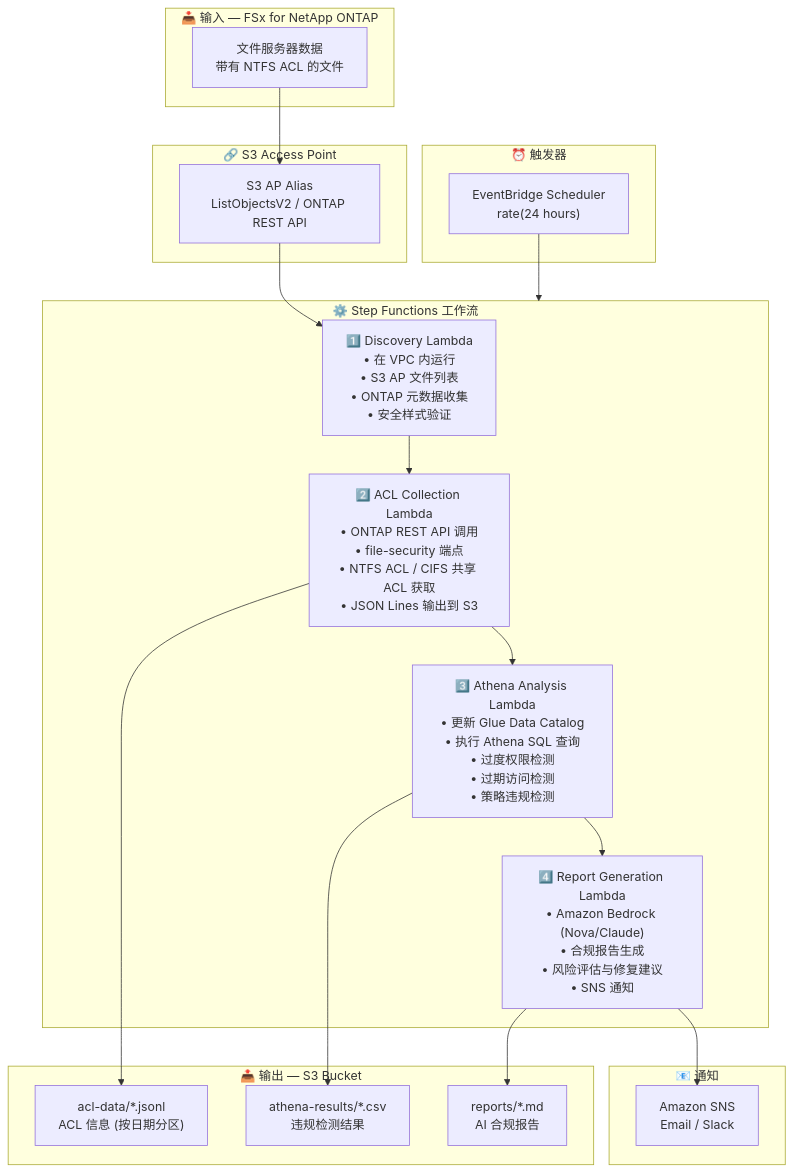
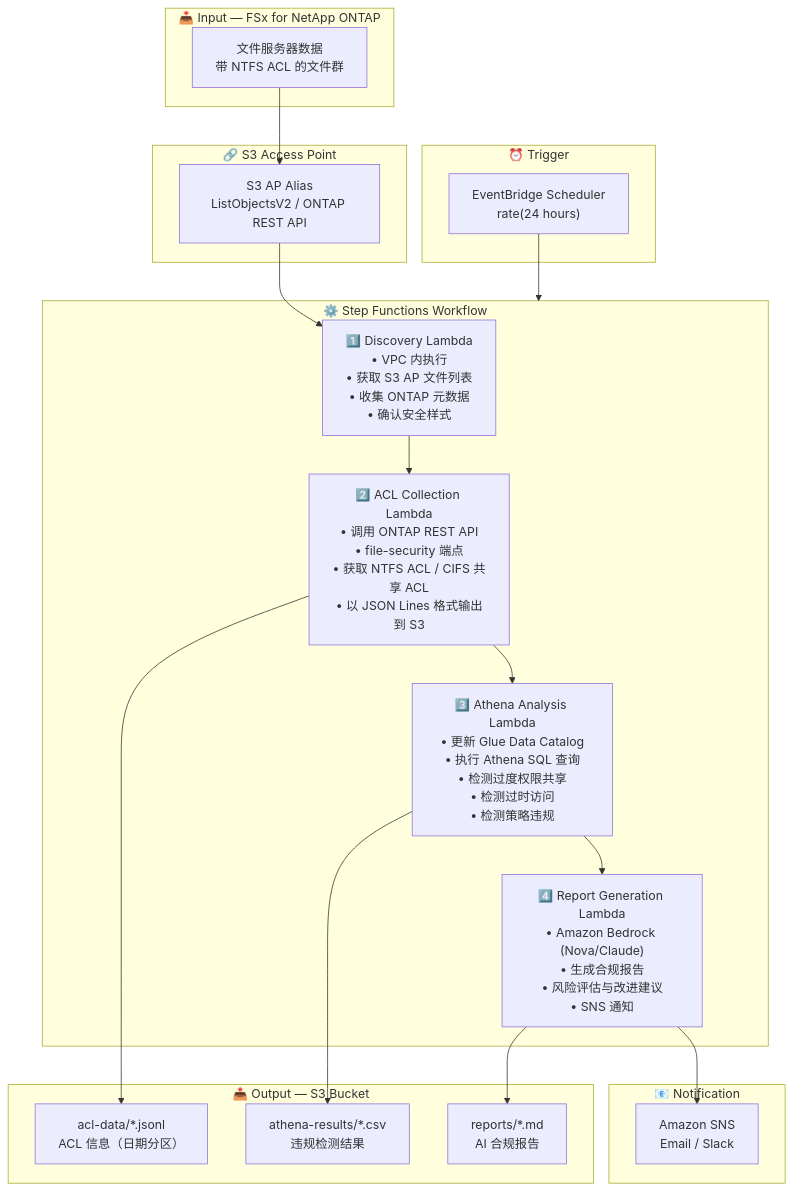
One commit to Yoshiki0705/FSx-for-ONTAP-S3AccessPoints-Serverless-Patterns changed the diagram in legal-compliance/docs/architecture.zh-CN.md. Above: the diagram before and after it, drawn with Mermaid. The commit also changed other lines of this file and 54 other files, not shown here.

````diff
--- a/legal-compliance/docs/architecture.zh-CN.md
+++ b/legal-compliance/docs/architecture.zh-CN.md
@@ -11,42 +13,42 @@
 ```mermaid
 flowchart TB
-    subgraph INPUT["📥 输入 — FSx for NetApp ONTAP"]
-        FILES["文件服务器数据<br/>带有 NTFS ACL 的文件"]
+    subgraph INPUT["📥 Input — FSx for NetApp ONTAP"]
+        FILES["文件服务器数据<br/>带 NTFS ACL 的文件群"]
     end
 
     subgraph S3AP["🔗 S3 Access Point"]
         ALIAS["S3 AP Alias<br/>ListObjectsV2 / ONTAP REST API"]
     end
 
-    subgraph TRIGGER["⏰ 触发器"]
+    subgraph TRIGGER["⏰ Trigger"]
         EB["EventBridge Scheduler<br/>rate(24 hours)"]
     end
 
-    subgraph SFN["⚙️ Step Functions 工作流"]
-        DISC["1️⃣ Discovery Lambda<br/>• 在 VPC 内运行<br/>• S3 AP 文件列表<br/>• ONTAP 元数据收集<br/>• 安全样式验证"]
-        ACL["2️⃣ ACL Collection Lambda<br/>• ONTAP REST API 调用<br/>• file-security 端点<br/>• NTFS ACL / CIFS 共享 ACL 获取<br/>• JSON Lines 输出到 S3"]
-        ATH["3️⃣ Athena Analysis Lambda<br/>• 更新 Glue Data Catalog<br/>• 执行 Athena SQL 查询<br/>• 过度权限检测<br/>• 过期访问检测<br/>• 策略违规检测"]
-        RPT["4️⃣ Report Generation Lambda<br/>• Amazon Bedrock (Nova/Claude)<br/>• 合规报告生成<br/>• 风险评估与修复建议<br/>• SNS 通知"]
+    subgraph SFN["⚙️ Step Functions Workflow"]
+        DISC["1️⃣ Discovery Lambda<br/>• VPC 内执行<br/>• 获取 S3 AP 文件列表<br/>• 收集 ONTAP 元数据<br/>• 确认安全样式"]
+        ACL["2️⃣ ACL Collection Lambda<br/>• 调用 ONTAP REST API<br/>• file-security 端点<br/>• 获取 NTFS ACL / CIFS 共享 ACL<br/>• 以 JSON Lines 格式输出到 S3"]
+        ATH["3️⃣ Athena Analysis Lambda<br/>• 更新 Glue Data Catalog<br/>• 执行 Athena SQL 查询<br/>• 检测过度权限共享<br/>• 检测过时访问<br/>• 检测策略违规"]
+        RPT["4️⃣ Report Generation Lambda<br/>• Amazon Bedrock (Nova/Claude)<br/>• 生成合规报告<br/>• 风险评估与改进建议<br/>• SNS 通知"]
     end
 
-    subgraph OUTPUT["📤 输出 — S3 Bucket"]
-        ACLDATA["acl-data/*.jsonl<br/>ACL 信息 (按日期分区)"]
+    subgraph OUTPUT["📤 Output — S3 Bucket"]
+        ACLDATA["acl-data/*.jsonl<br/>ACL 信息（日期分区）"]
         ATHENA["athena-results/*.csv<br/>违规检测结果"]
         REPORT["reports/*.md<br/>AI 合规报告"]
     end
 
-    subgraph NOTIFY["📧 通知"]
+    subgraph NOTIFY["📧 Notification"]
         SNS["Amazon SNS<br/>Email / Slack"]
     end
 
     FILES --> ALIAS
     ALIAS --> DISC
     EB --> SFN
     DISC --> ACL
     ACL --> ATH
     ATH --> RPT
     ACL --> ACLDATA
     ATH --> ATHENA
     RPT --> REPORT
     RPT --> SNS
 ```
````
